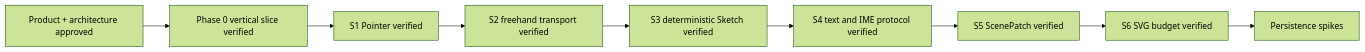
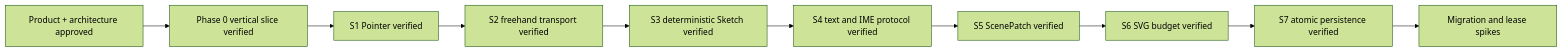
One commit to deweyou/node-ink changed the diagram in docs/.state.md. Above: the diagram before and after it, drawn with Mermaid (forest theme). The commit also changed other lines of this file and 17 other files, not shown here.

Commit message:
feat: add atomic IndexedDB persistence

````diff
--- a/docs/.state.md
+++ b/docs/.state.md
@@ -3,11 +3,12 @@
 ```mermaid
 flowchart LR
     Design["Product + architecture approved"] --> Slice["Phase 0 vertical slice verified"]
     Slice --> Pointer["S1 Pointer verified"]
     Pointer --> Stroke["S2 freehand transport verified"]
     Stroke --> Sketch["S3 deterministic Sketch verified"]
     Sketch --> Text["S4 text and IME protocol verified"]
     Text --> Patch["S5 ScenePatch verified"]
     Patch --> Scale["S6 SVG budget verified"]
-    Scale --> Spikes["Persistence spikes"]
+    Scale --> Persistence["S7 atomic persistence verified"]
+    Persistence --> Spikes["Migration and lease spikes"]
 ```
````
